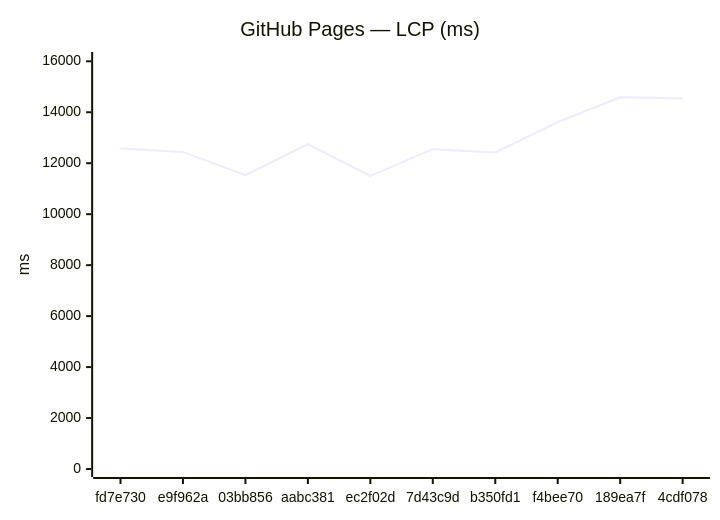
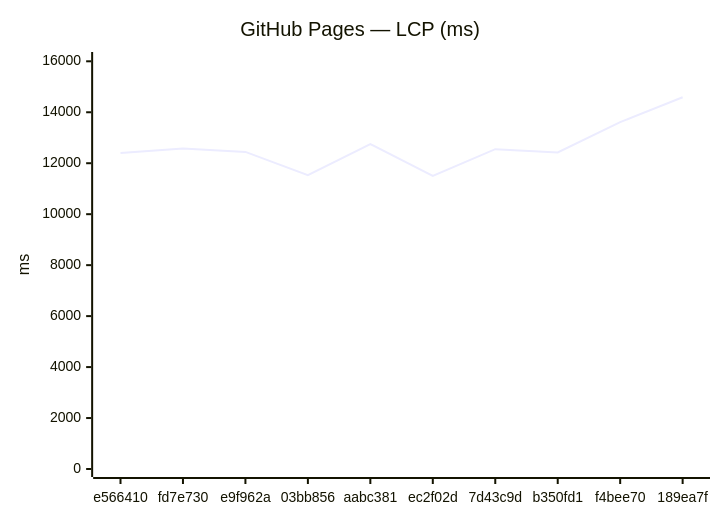
Before and after one commit to Metaheurist/Rianell: the third of 18 diagrams in benchmarks/compare.md, drawn with Mermaid. The commit also changed other lines of this file and 11 other files, not shown here.

````diff
--- a/benchmarks/compare.md
+++ b/benchmarks/compare.md
@@ -54,7 +54,7 @@
 ```mermaid
 xychart-beta
     title "GitHub Pages — LCP (ms)"
-    x-axis ["fd7e730", "e9f962a", "03bb856", "aabc381", "ec2f02d", "7d43c9d", "b350fd1", "f4bee70", "189ea7f", "4cdf078"]
+    x-axis ["e566410", "fd7e730", "e9f962a", "03bb856", "aabc381", "ec2f02d", "7d43c9d", "b350fd1", "f4bee70", "189ea7f"]
     y-axis "ms" 0 --> 16051
-    line [12580, 12444, 11529, 12751, 11500, 12552, 12421, 13612, 14591, 14540]
+    line [12402, 12580, 12444, 11529, 12751, 11500, 12552, 12421, 13612, 14591]
 ```
````
